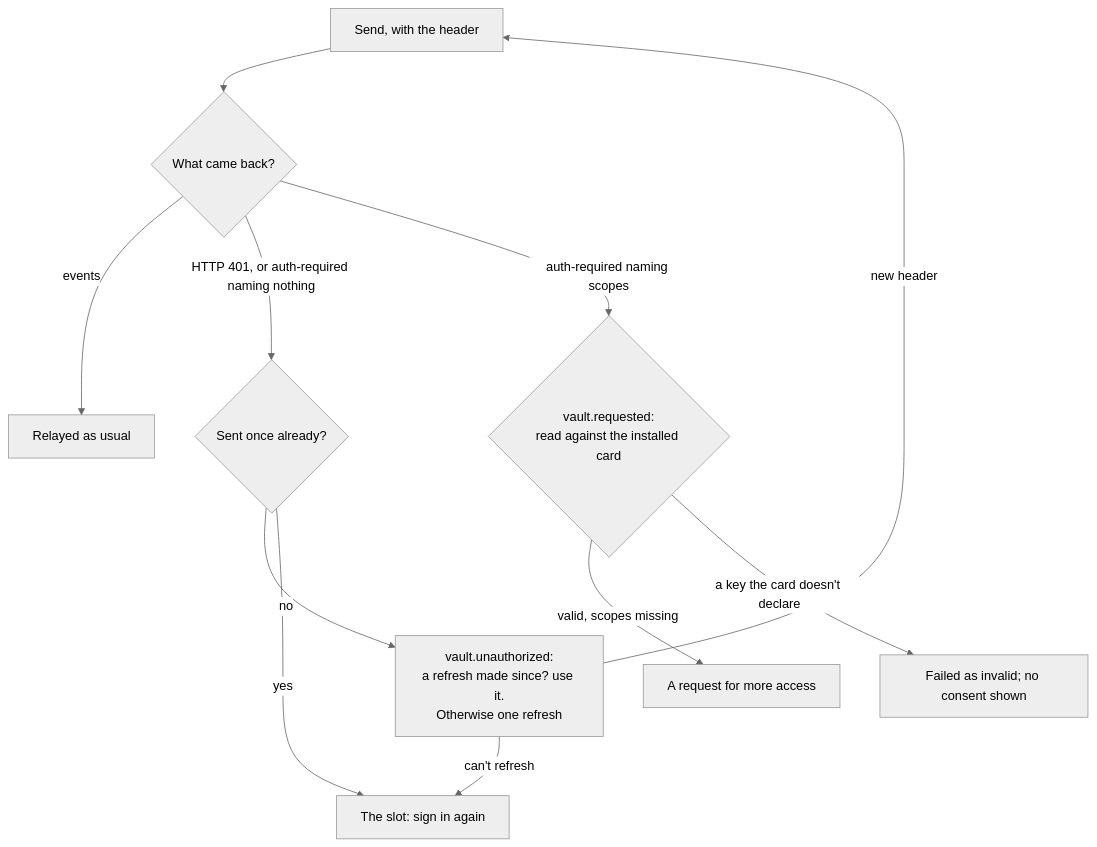
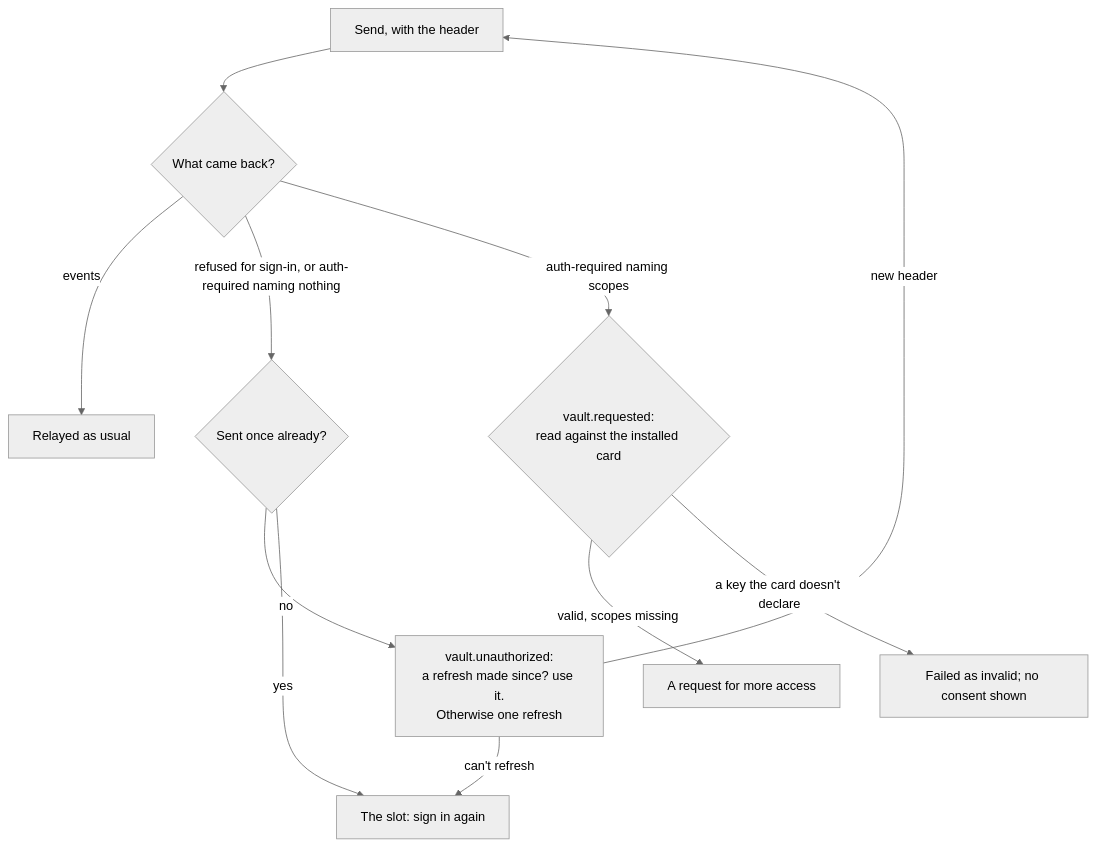
The fifth of 6 diagrams in docs/design/authority.md (retz8/a2uiverse), drawn with Mermaid (neutral theme) before and after one commit. The commit also changed other lines of this file and 21 other files, not shown here.

````diff
--- a/docs/design/authority.md
+++ b/docs/design/authority.md
@@ -349,13 +351,13 @@
 ```mermaid
 flowchart TD
     S["Send, with the header"] --> R{"What came back?"}
     R -->|"events"| OK["Relayed as usual"]
-    R -->|"HTTP 401, or auth-required naming nothing"| U{"Sent once already?"}
+    R -->|"refused for sign-in, or auth-required naming nothing"| U{"Sent once already?"}
     U -->|"no"| F["vault.unauthorized:<br/>a refresh made since? use it.<br/>Otherwise one refresh"]
     F -->|"new header"| S
     F -->|"can't refresh"| A["The slot: sign in again"]
     U -->|"yes"| A
     R -->|"auth-required naming scopes"| Q{"vault.requested:<br/>read against the installed card"}
     Q -->|"valid, scopes missing"| E["A request for more access"]
     Q -->|"a key the card doesn't declare"| I["Failed as invalid; no consent shown"]
 ```
````
